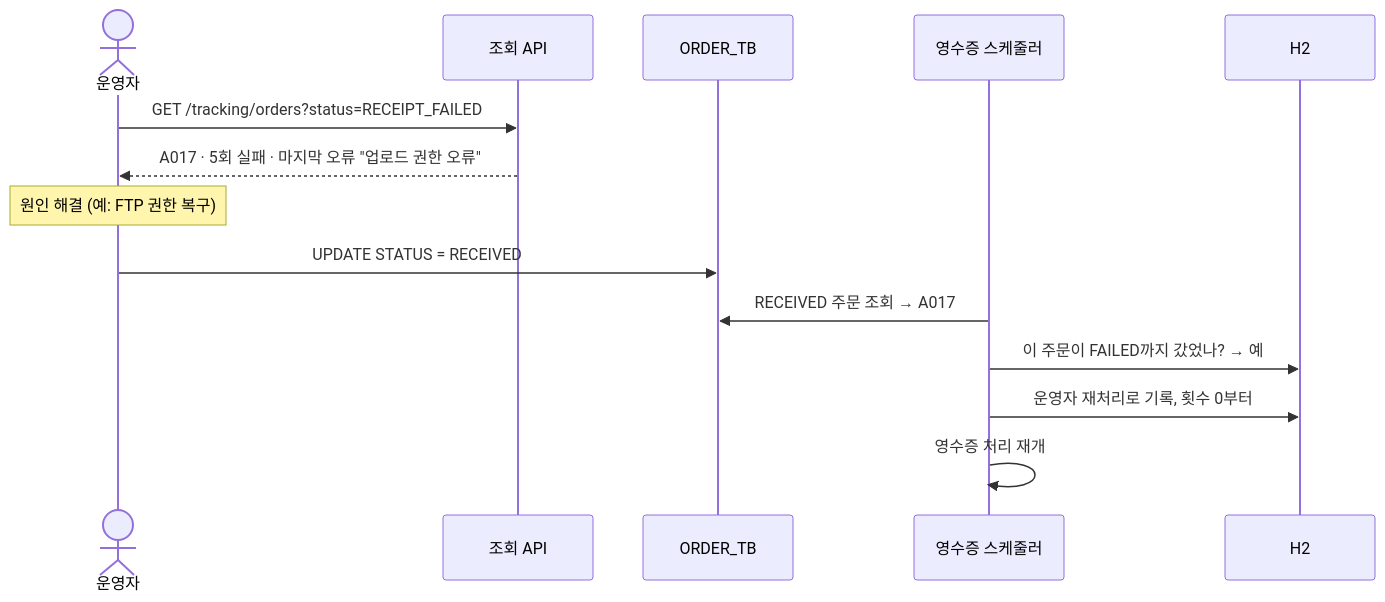
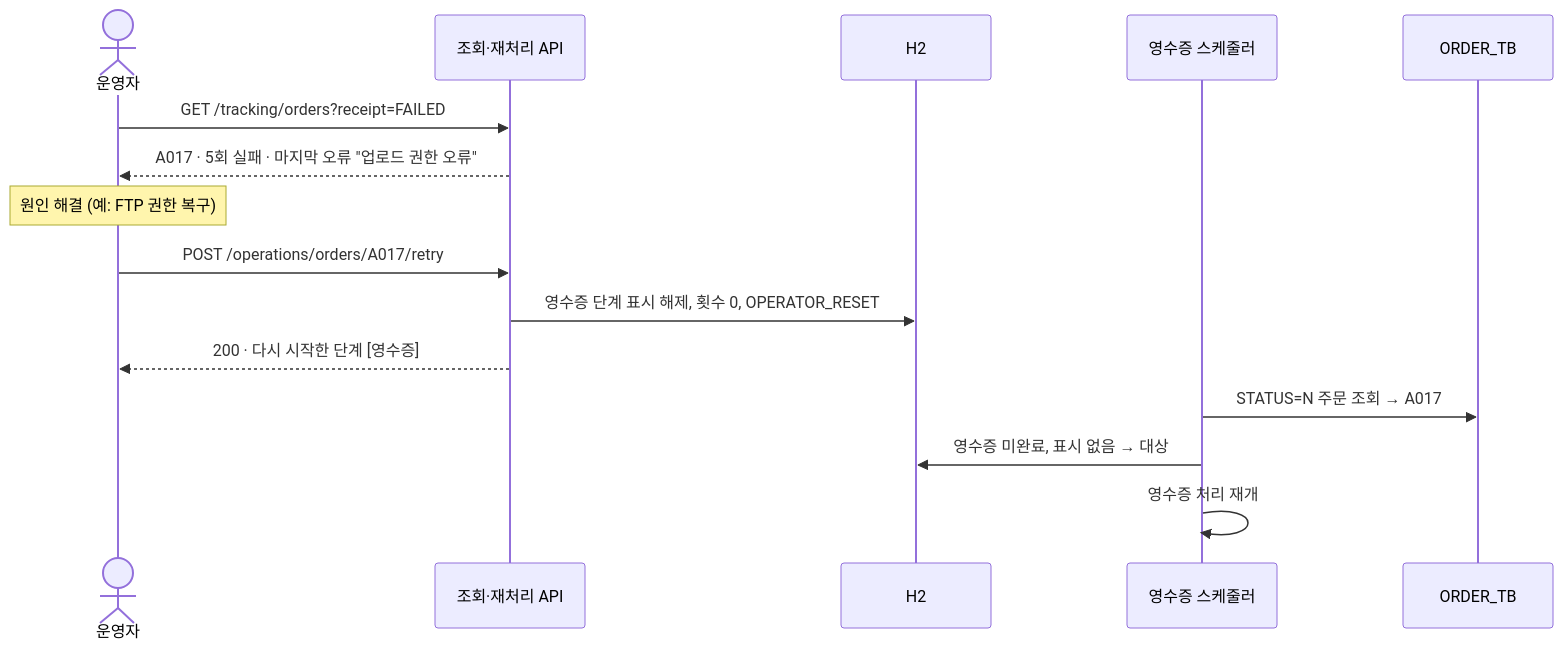
The eighth of 21 diagrams in docs/design.md (milkkwong2/inspien-assignment), drawn with Mermaid before and after one commit. The commit also changed other lines of this file and 2 other files, not shown here.

First line of the commit message:
docs: STATUS N/Y 재설계와 공통 시각 필드 (D-26, D-27)

````diff
--- a/docs/design.md
+++ b/docs/design.md
@@ -628,17 +679,18 @@
 ```mermaid
 sequenceDiagram
     actor U as 운영자
-    participant API as 조회 API
+    participant API as 조회·재처리 API
+    participant H as H2
+    participant APP as 영수증 스케줄러
     participant O as ORDER_TB
-    participant APP as 영수증 스케줄러
-    participant H as H2
 
-    U->>API: GET /tracking/orders?status=RECEIPT_FAILED
+    U->>API: GET /tracking/orders?receipt=FAILED
     API-->>U: A017 · 5회 실패 · 마지막 오류 "업로드 권한 오류"
     Note over U: 원인 해결 (예: FTP 권한 복구)
-    U->>O: UPDATE STATUS = RECEIVED
-    APP->>O: RECEIVED 주문 조회 → A017
-    APP->>H: 이 주문이 FAILED까지 갔었나? → 예
-    APP->>H: 운영자 재처리로 기록, 횟수 0부터
+    U->>API: POST /operations/orders/A017/retry
+    API->>H: 영수증 단계 표시 해제, 횟수 0, OPERATOR_RESET
+    API-->>U: 200 · 다시 시작한 단계 [영수증]
+    APP->>O: STATUS=N 주문 조회 → A017
+    APP->>H: 영수증 미완료, 표시 없음 → 대상
     APP->>APP: 영수증 처리 재개
 ```
````
